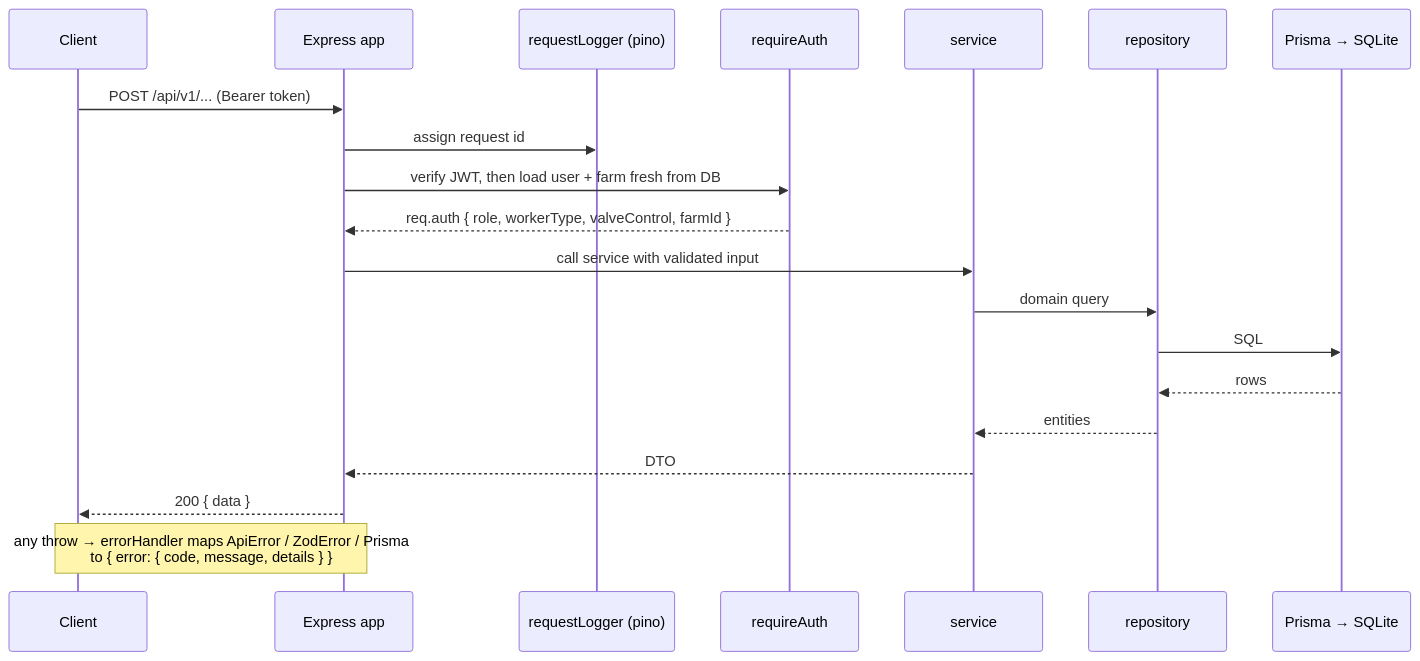
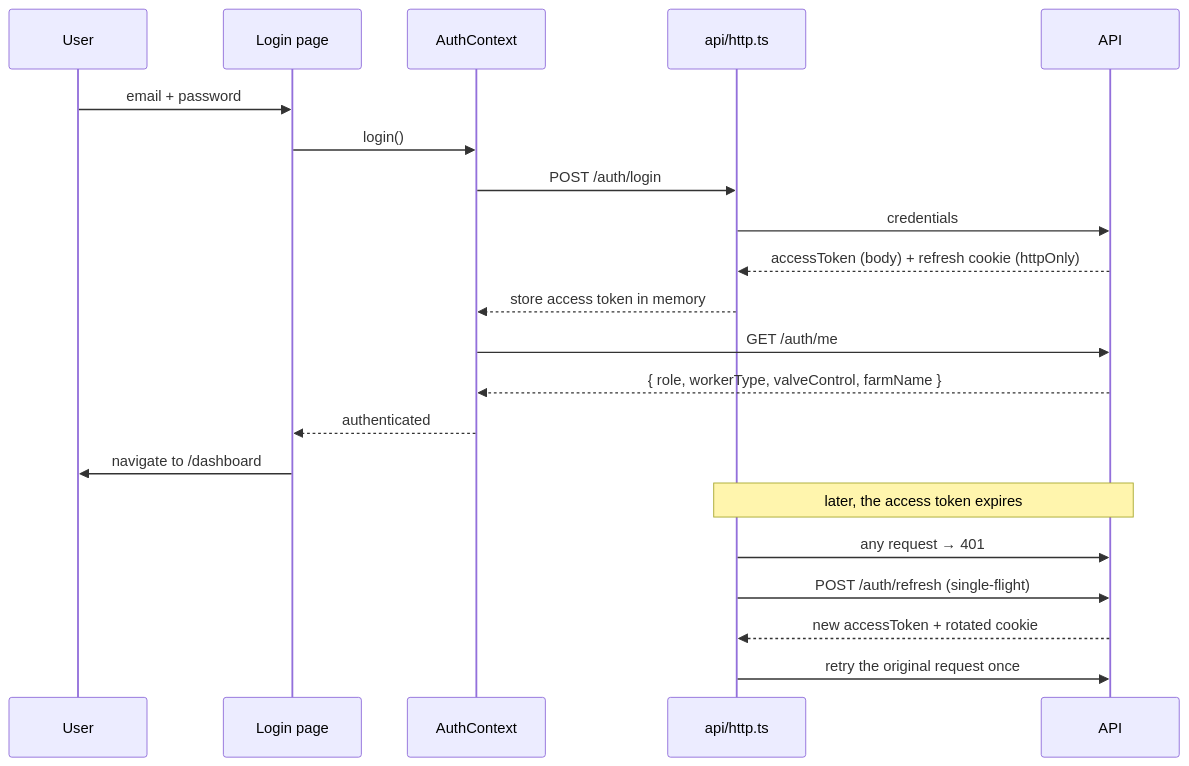
Before and after one commit to khelifa-montasar/semico-web: the second of 2 diagrams in README.md, drawn with Mermaid. The commit also changed other lines of this file, not shown here.

Commit message:
Initial commit: Semico web app

````diff
--- a/README.md
+++ b/README.md
@@ -65,24 +118,25 @@
 ```mermaid
 sequenceDiagram
-  participant C as Client
-  participant E as Express app
-  participant L as requestLogger (pino)
-  participant A as requireAuth
-  participant S as service
-  participant R as repository
-  participant P as Prisma → SQLite
+  participant U as User
+  participant L as Login page
+  participant A as AuthContext
+  participant H as api/http.ts
+  participant S as API
 
-  C->>E: POST /api/v1/... (Bearer token)
-  E->>L: assign request id
-  E->>A: verify JWT, then load user + farm fresh from DB
-  A-->>E: req.auth { role, workerType, valveControl, farmId }
-  E->>S: call service with validated input
-  S->>R: domain query
-  R->>P: SQL
-  P-->>R: rows
-  R-->>S: entities
-  S-->>E: DTO
-  E-->>C: 200 { data }
+  U->>L: email + password
+  L->>A: login()
+  A->>H: POST /auth/login
+  H->>S: credentials
+  S-->>H: accessToken (body) + refresh cookie (httpOnly)
+  H-->>A: store access token in memory
+  A->>S: GET /auth/me
+  S-->>A: { role, workerType, valveControl, farmName }
+  A-->>L: authenticated
+  L->>U: navigate to /dashboard
 
-  Note over E,C: any throw → errorHandler maps ApiError / ZodError / Prisma<br/>to { error: { code, message, details } }
+  Note over H,S: later, the access token expires
+  H->>S: any request → 401
+  H->>S: POST /auth/refresh (single-flight)
+  S-->>H: new accessToken + rotated cookie
+  H->>S: retry the original request once
 ```
````
